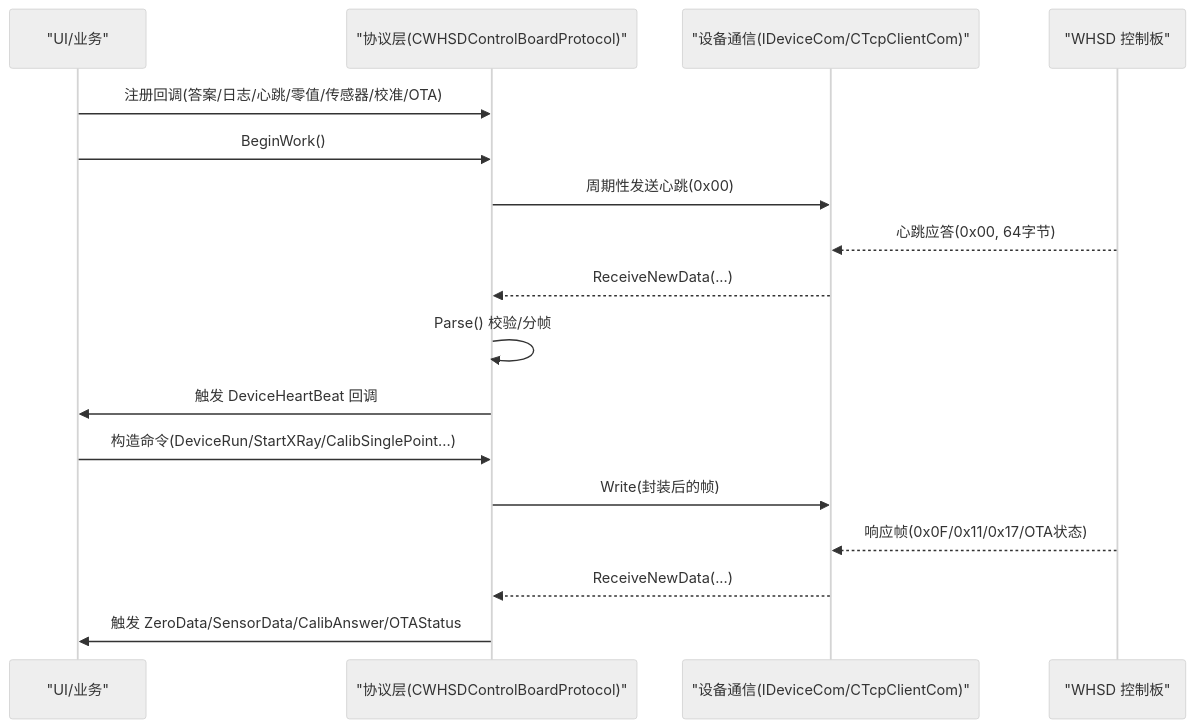
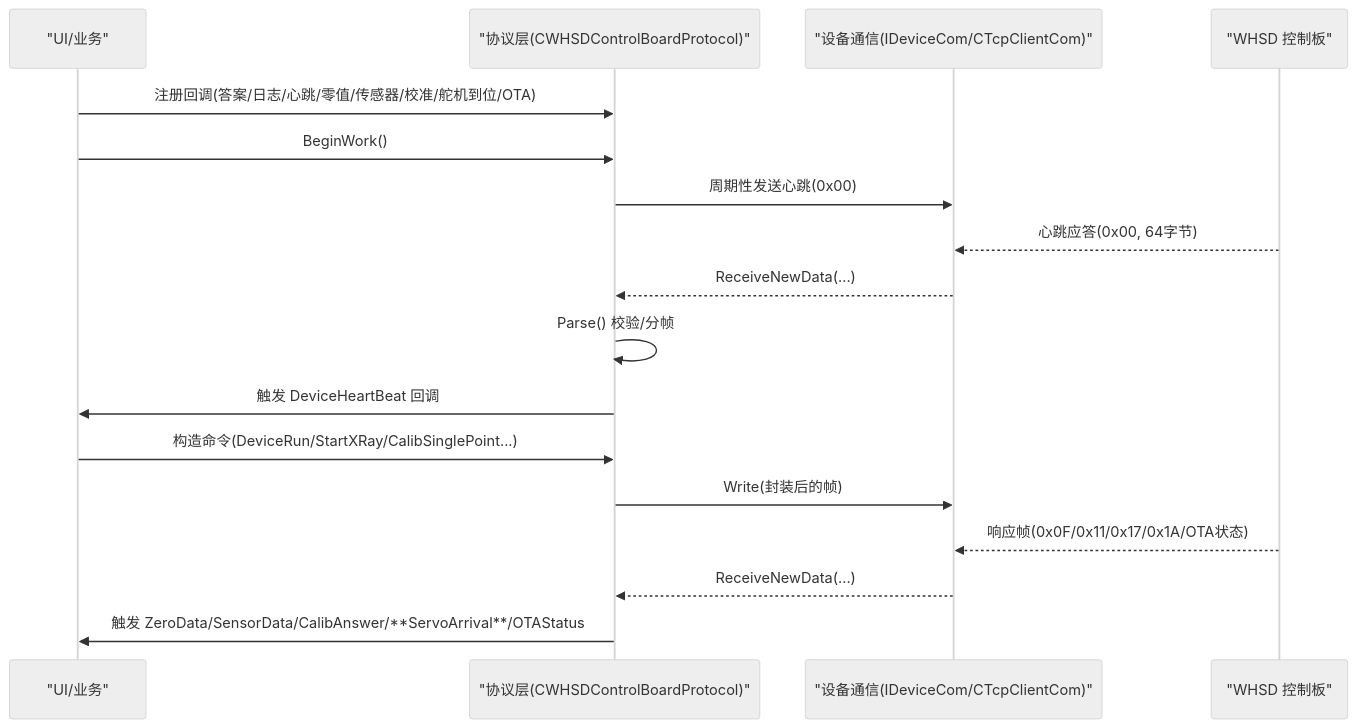
One commit to yangreest/Zero-value-Insulator-Robot-V2 changed the second of 6 diagrams in .qoder/repowiki/zh/content/核心模块/协议处理模块.md. Above: the diagram before and after it, drawn with Mermaid (neutral theme). The commit also changed other lines of this file and 4 other files, not shown here.

````diff
--- a/.qoder/repowiki/zh/content/核心模块/协议处理模块.md
+++ b/.qoder/repowiki/zh/content/核心模块/协议处理模块.md
@@ -81,19 +85,19 @@
 ```mermaid
 sequenceDiagram
 participant UI as "UI/业务"
 participant P as "协议层(CWHSDControlBoardProtocol)"
 participant C as "设备通信(IDeviceCom/CTcpClientCom)"
 participant D as "WHSD 控制板"
-UI->>P : 注册回调(答案/日志/心跳/零值/传感器/校准/OTA)
+UI->>P : 注册回调(答案/日志/心跳/零值/传感器/校准/舵机到位/OTA)
 UI->>P : BeginWork()
 P->>C : 周期性发送心跳(0x00)
 D-->>C : 心跳应答(0x00, 64字节)
 C-->>P : ReceiveNewData(...)
 P->>P : Parse() 校验/分帧
 P->>UI : 触发 DeviceHeartBeat 回调
 UI->>P : 构造命令(DeviceRun/StartXRay/CalibSinglePoint...)
 P->>C : Write(封装后的帧)
-D-->>C : 响应帧(0x0F/0x11/0x17/OTA状态)
+D-->>C : 响应帧(0x0F/0x11/0x17/0x1A/OTA状态)
 C-->>P : ReceiveNewData(...)
-P->>UI : 触发 ZeroData/SensorData/CalibAnswer/OTAStatus
+P->>UI : 触发 ZeroData/SensorData/CalibAnswer/**ServoArrival**/OTAStatus
 ```
````
